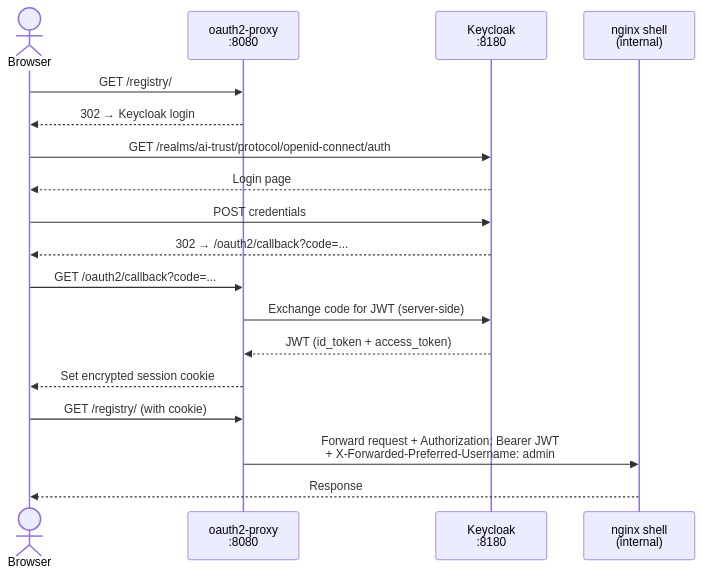
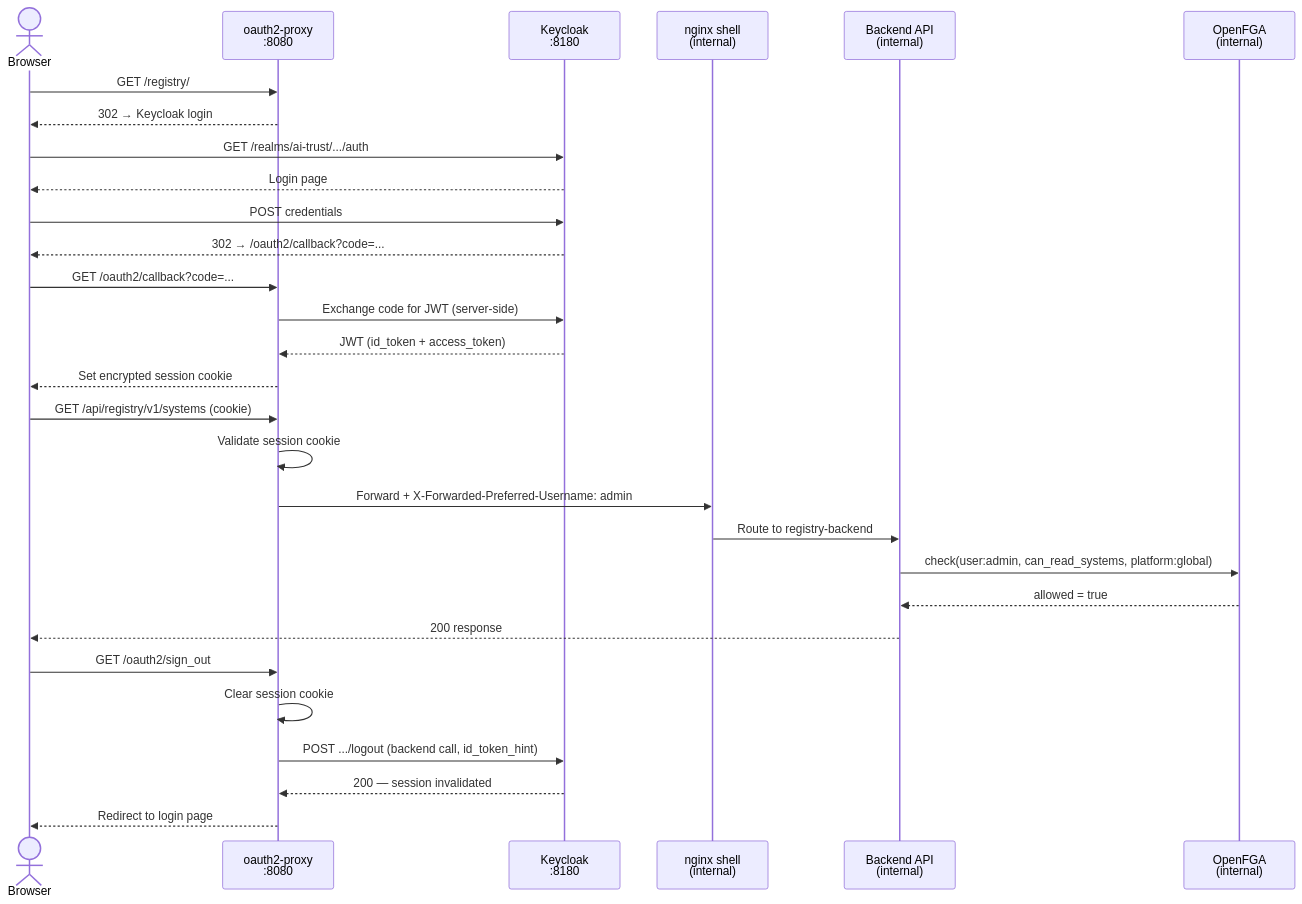
Before and after one commit to AI-Trust-Services/ai-trust-platform: the diagram in docs/auth-flow.md, drawn with Mermaid. The commit also changed other lines of this file, not shown here.

Commit message:
docs(auth): combine auth flow into single sequence diagram

````diff
--- a/docs/auth-flow.md
+++ b/docs/auth-flow.md
@@ -16,21 +14,39 @@
 ```mermaid
 sequenceDiagram
     actor Browser
     participant Proxy as oauth2-proxy<br/>:8080
     participant KC as Keycloak<br/>:8180
     participant Shell as nginx shell<br/>(internal)
+    participant Backend as Backend API<br/>(internal)
+    participant FGA as OpenFGA<br/>(internal)
 
+    %% ── 1. First request — not logged in ──
     Browser->>Proxy: GET /registry/
     Proxy-->>Browser: 302 → Keycloak login
-    Browser->>KC: GET /realms/ai-trust/protocol/openid-connect/auth
+
+    %% ── 2. Login ──
+    Browser->>KC: GET /realms/ai-trust/.../auth
     KC-->>Browser: Login page
     Browser->>KC: POST credentials
     KC-->>Browser: 302 → /oauth2/callback?code=...
     Browser->>Proxy: GET /oauth2/callback?code=...
     Proxy->>KC: Exchange code for JWT (server-side)
     KC-->>Proxy: JWT (id_token + access_token)
     Proxy-->>Browser: Set encrypted session cookie
-    Browser->>Proxy: GET /registry/ (with cookie)
-    Proxy->>Shell: Forward request + Authorization: Bearer JWT<br/>+ X-Forwarded-Preferred-Username: admin
-    Shell-->>Browser: Response
+
+    %% ── 3. Authenticated API request + permission check ──
+    Browser->>Proxy: GET /api/registry/v1/systems (cookie)
+    Proxy->>Proxy: Validate session cookie
+    Proxy->>Shell: Forward + X-Forwarded-Preferred-Username: admin
+    Shell->>Backend: Route to registry-backend
+    Backend->>FGA: check(user:admin, can_read_systems, platform:global)
+    FGA-->>Backend: allowed = true
+    Backend-->>Browser: 200 response
+
+    %% ── 4. Sign out ──
+    Browser->>Proxy: GET /oauth2/sign_out
+    Proxy->>Proxy: Clear session cookie
+    Proxy->>KC: POST .../logout (backend call, id_token_hint)
+    KC-->>Proxy: 200 — session invalidated
+    Proxy-->>Browser: Redirect to login page
 ```
````
